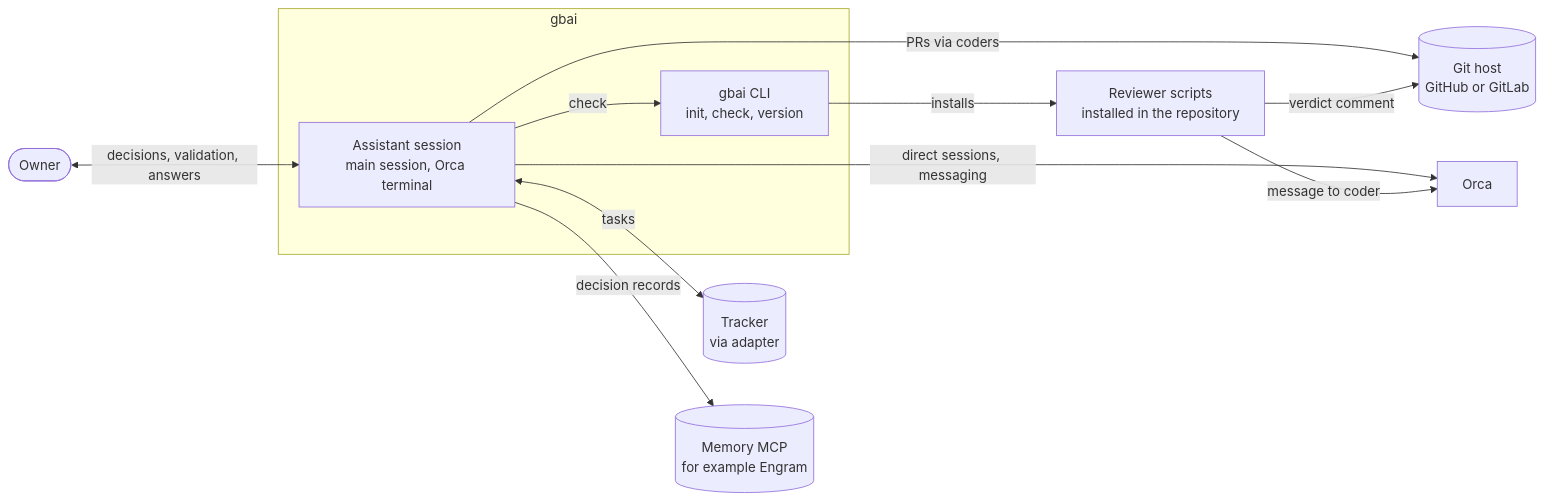
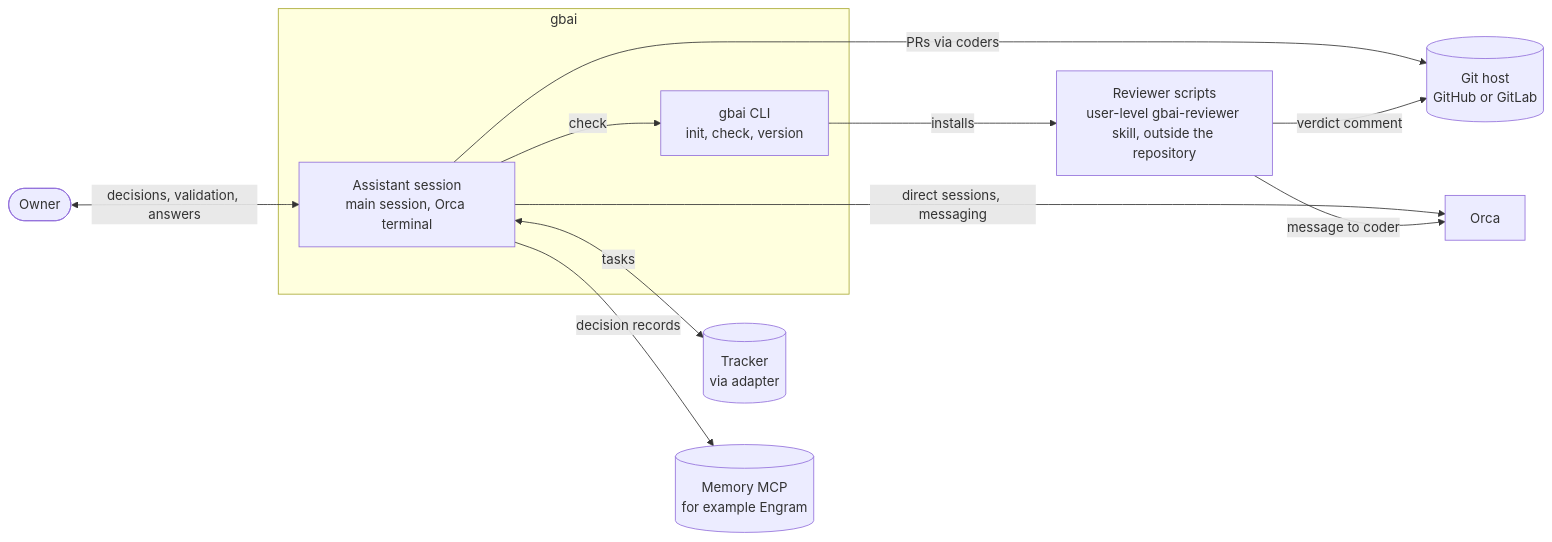
Before and after one commit to testeos-z/gabo-ai: the first of 5 diagrams in docs/product/TRD.md, drawn with Mermaid. The commit also changed other lines of this file and 1 other file, not shown here.

````diff
--- a/docs/product/TRD.md
+++ b/docs/product/TRD.md
@@ -80,23 +80,23 @@
 ```mermaid
 flowchart LR
   owner([Owner])
   subgraph gbai[gbai]
     assistant[Assistant session<br/>main session, Orca terminal]
     cli[gbai CLI<br/>init, check, version]
   end
-  reviewer[Reviewer scripts<br/>installed in the repository]
+  reviewer[Reviewer scripts<br/>user-level gbai-reviewer skill, outside the repository]
   tracker[(Tracker<br/>via adapter)]
   githost[(Git host<br/>GitHub or GitLab)]
   orca[Orca]
   memory[(Memory MCP<br/>for example Engram)]
 
   owner <-->|decisions, validation, answers| assistant
   assistant -->|check| cli
   assistant <-->|tasks| tracker
   assistant -->|decision records| memory
   assistant -->|direct sessions, messaging| orca
   assistant -->|PRs via coders| githost
   reviewer -->|verdict comment| githost
   reviewer -->|message to coder| orca
   cli -->|installs| reviewer
 ```
````
